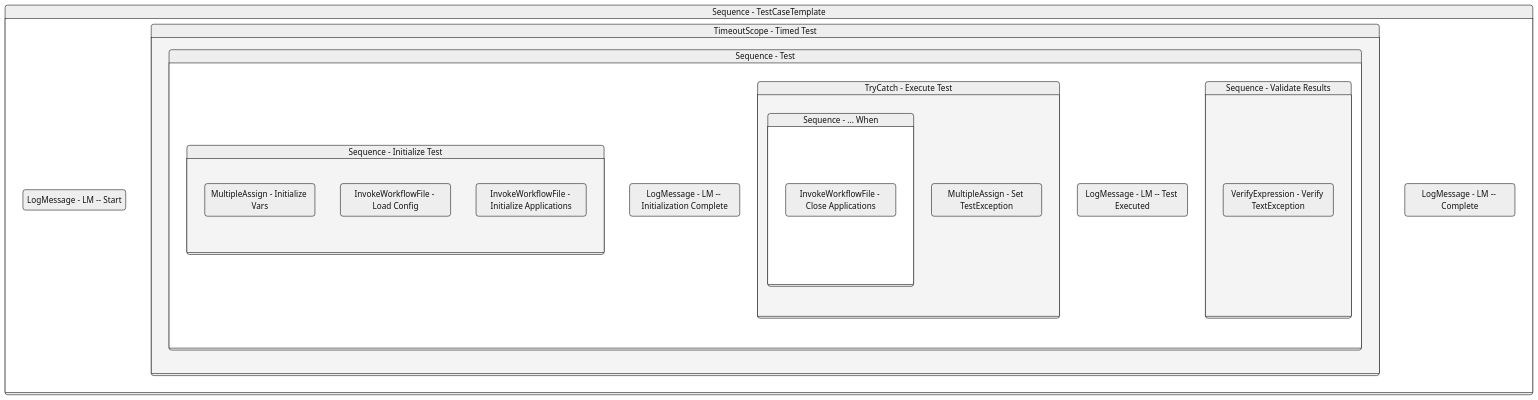
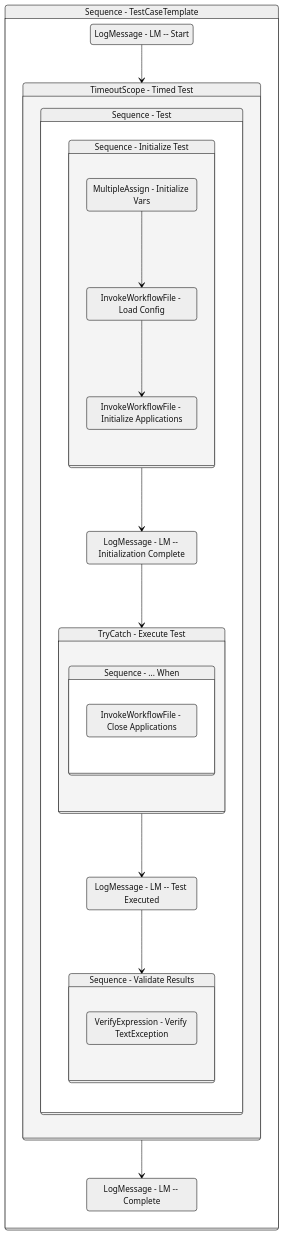
Before and after one commit to yashbrahmbhatt/LazyFramework: the diagram in Documentation/.templates/Performers/Basic/Tests/Unit Tests/CloseApplications/CloseApplicationsSuccess.md, drawn with Mermaid (neutral theme). The commit also changed 78 other files, not shown here.

Commit message:
added handling of ifs in autodocs mermaid

````diff
--- a/Documentation/.templates/Performers/Basic/Tests/Unit Tests/CloseApplications/CloseApplicationsSuccess.md
+++ b/Documentation/.templates/Performers/Basic/Tests/Unit Tests/CloseApplications/CloseApplicationsSuccess.md
@@ -138,49 +138,53 @@
 ```mermaid
 stateDiagram-v2
 
 
 Sequence_1: Sequence - TestCaseTemplate
 state Sequence_1 {
 direction TB
 LogMessage_1 : LogMessage - LM -- Start
-
+LogMessage_1 --> TimeoutScope_1
 TimeoutScope_1: TimeoutScope - Timed Test
 state TimeoutScope_1 {
 direction TB
 
 Sequence_5: Sequence - Test
 state Sequence_5 {
 direction TB
 
 Sequence_2: Sequence - Initialize Test
 state Sequence_2 {
 direction TB
 MultipleAssign_2 : MultipleAssign - Initialize Vars
 InvokeWorkflowFile_1 : InvokeWorkflowFile - Load Config
+MultipleAssign_2 --> InvokeWorkflowFile_1
 InvokeWorkflowFile_3 : InvokeWorkflowFile - Initialize Applications
+InvokeWorkflowFile_1 --> InvokeWorkflowFile_3
 }
 LogMessage_2 : LogMessage - LM -- Initialization Complete
-
+Sequence_2 --> LogMessage_2
+LogMessage_2 --> TryCatch_1
 TryCatch_1: TryCatch - Execute Test
 state TryCatch_1 {
 direction TB
 
 Sequence_3: Sequence - ... When
 state Sequence_3 {
 direction TB
 InvokeWorkflowFile_2 : InvokeWorkflowFile - Close Applications
 }
-MultipleAssign_1 : MultipleAssign - Set TestException
 }
 LogMessage_3 : LogMessage - LM -- Test Executed
-
+TryCatch_1 --> LogMessage_3
+LogMessage_3 --> Sequence_4
 Sequence_4: Sequence - Validate Results
 state Sequence_4 {
 direction TB
 VerifyExpression_5 : VerifyExpression - Verify TextException
 }
 }
 }
 LogMessage_4 : LogMessage - LM -- Complete
+TimeoutScope_1 --> LogMessage_4
 }
 ```
````
